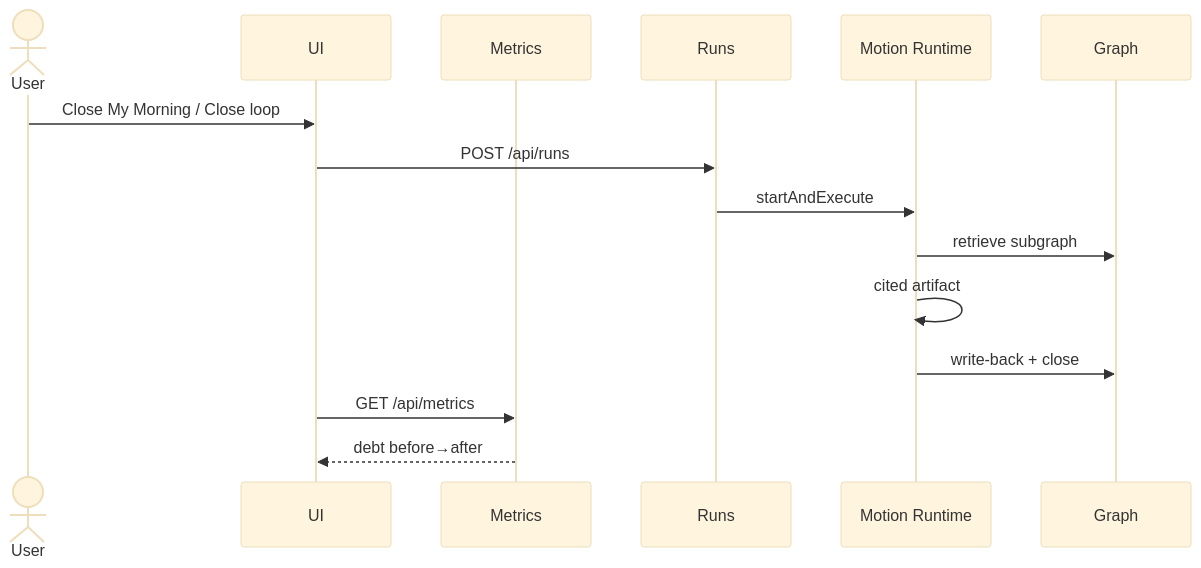
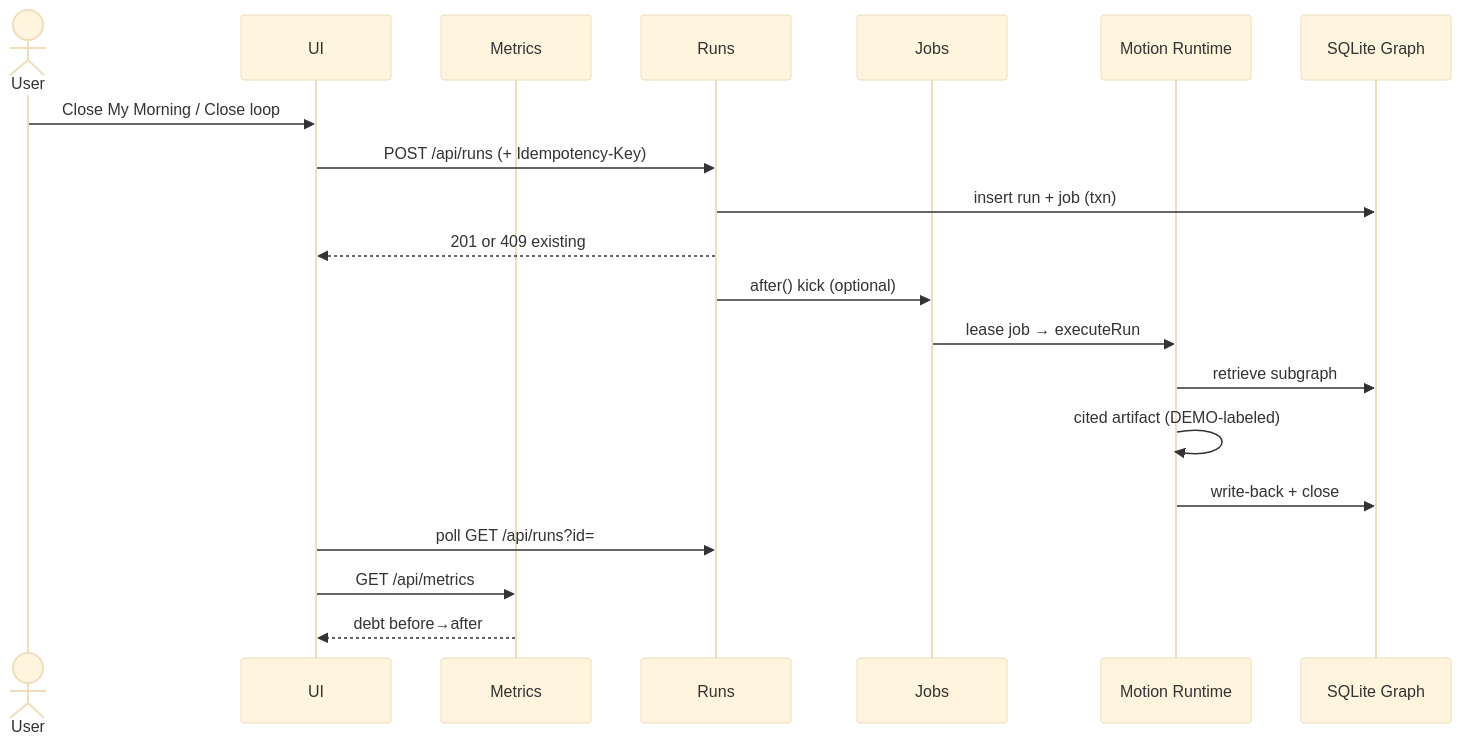
Before and after one commit to vnmoorthy/continuum-memory-meets-motion: the second of 2 diagrams in docs/ARCHITECTURE.md, drawn with Mermaid (base theme). The commit also changed other lines of this file and 43 other files, not shown here.

````diff
--- a/docs/ARCHITECTURE.md
+++ b/docs/ARCHITECTURE.md
@@ -95,18 +106,23 @@
 ```mermaid
 sequenceDiagram
   actor User
   participant UI
   participant Metrics
   participant Runs
+  participant Jobs
   participant RT as Motion Runtime
-  participant Mem as Graph
+  participant Mem as SQLite Graph
 
   User->>UI: Close My Morning / Close loop
-  UI->>Runs: POST /api/runs
-  Runs->>RT: startAndExecute
+  UI->>Runs: POST /api/runs (+ Idempotency-Key)
+  Runs->>Mem: insert run + job (txn)
+  Runs-->>UI: 201 or 409 existing
+  Runs->>Jobs: after() kick (optional)
+  Jobs->>RT: lease job → executeRun
   RT->>Mem: retrieve subgraph
-  RT->>RT: cited artifact
+  RT->>RT: cited artifact (DEMO-labeled)
   RT->>Mem: write-back + close
+  UI->>Runs: poll GET /api/runs?id=
   UI->>Metrics: GET /api/metrics
   Metrics-->>UI: debt before→after
 ```
````
